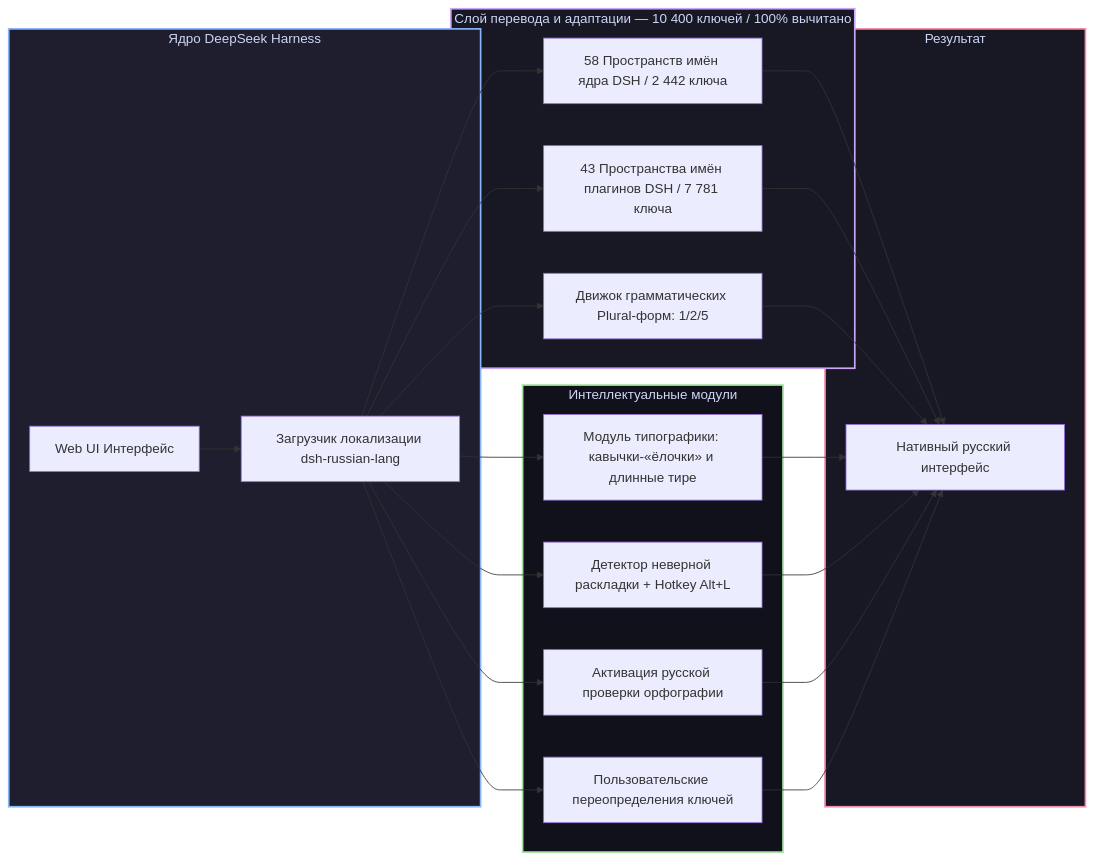
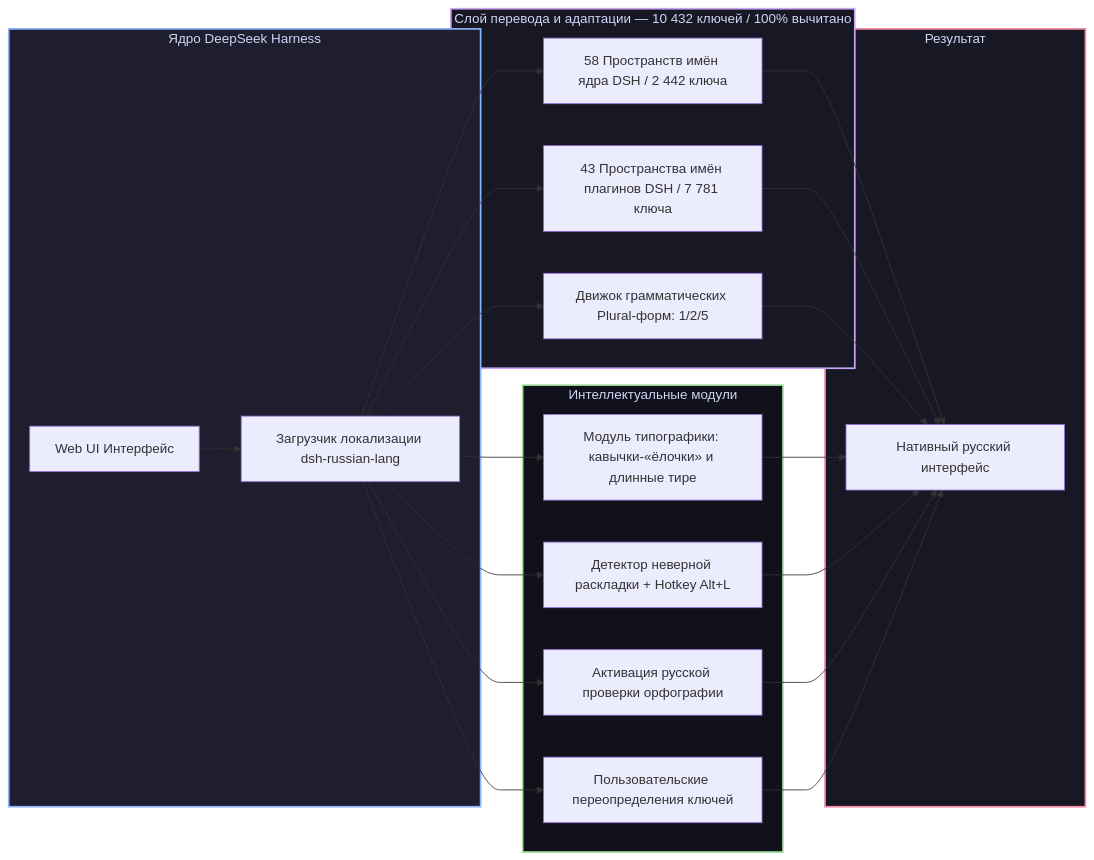
One commit to GooDAnDReaDY/dsh-russian-lang changed the diagram in README.md. Above: the diagram before and after it, drawn with Mermaid. The commit also changed other lines of this file and 8 other files, not shown here.

````diff
--- a/README.md
+++ b/README.md
@@ -49,34 +49,34 @@
 ```mermaid
 graph LR
     subgraph DSHCore [Ядро DeepSeek Harness]
         DSH[Web UI Интерфейс] --> Loader[Загрузчик локализации dsh-russian-lang]
     end
 
-    subgraph TranslationLayer [Слой перевода и адаптации — 10 400 ключей / 100% вычитано]
+    subgraph TranslationLayer [Слой перевода и адаптации — 10 432 ключей / 100% вычитано]
         Loader --> CoreDict[58 Пространств имён ядра DSH / 2 442 ключа]
         Loader --> PluginDict[43 Пространства имён плагинов DSH / 7 781 ключа]
         Loader --> PluralEngine[Движок грамматических Plural-форм: 1/2/5]
     end
 
     subgraph SmartFeatures [Интеллектуальные модули]
         Loader --> Typo[Модуль типографики: кавычки-«ёлочки» и длинные тире]
         Loader --> LayoutFix[Детектор неверной раскладки + Hotkey Alt+L]
         Loader --> Spell[Активация русской проверки орфографии]
         Loader --> Overrides[Пользовательские переопределения ключей]
     end
 
     subgraph Result [Результат]
         CoreDict --> NativeUI[Нативный русский интерфейс]
         PluginDict --> NativeUI
         PluralEngine --> NativeUI
         Typo --> NativeUI
         LayoutFix --> NativeUI
         Spell --> NativeUI
         Overrides --> NativeUI
     end
 
     style DSHCore fill:#1e1e2e,stroke:#89b4fa,stroke-width:2px,color:#cdd6f4
     style TranslationLayer fill:#181825,stroke:#cba6f7,stroke-width:2px,color:#cdd6f4
     style SmartFeatures fill:#11111b,stroke:#a6e3a1,stroke-width:2px,color:#cdd6f4
     style Result fill:#181825,stroke:#f38ba8,stroke-width:2px,color:#cdd6f4
 ```
````
